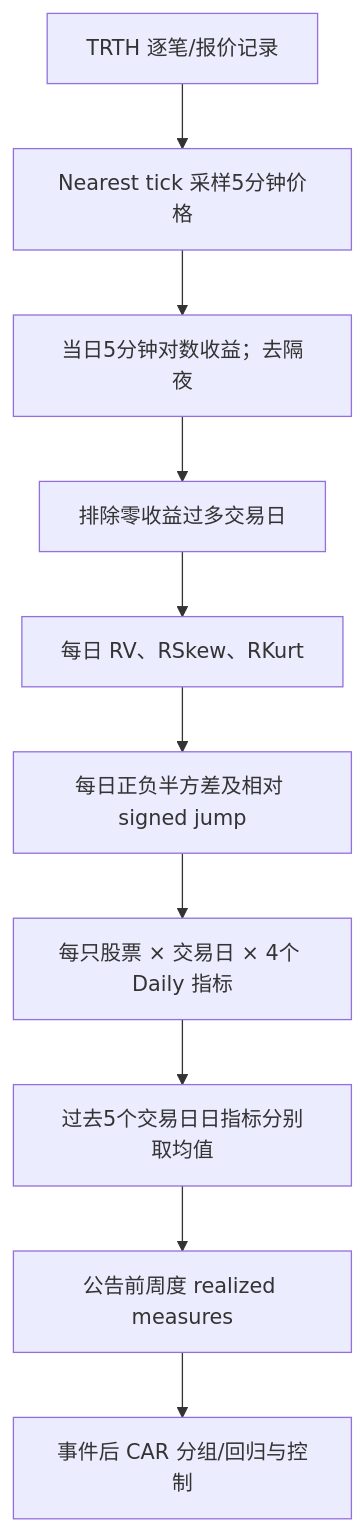
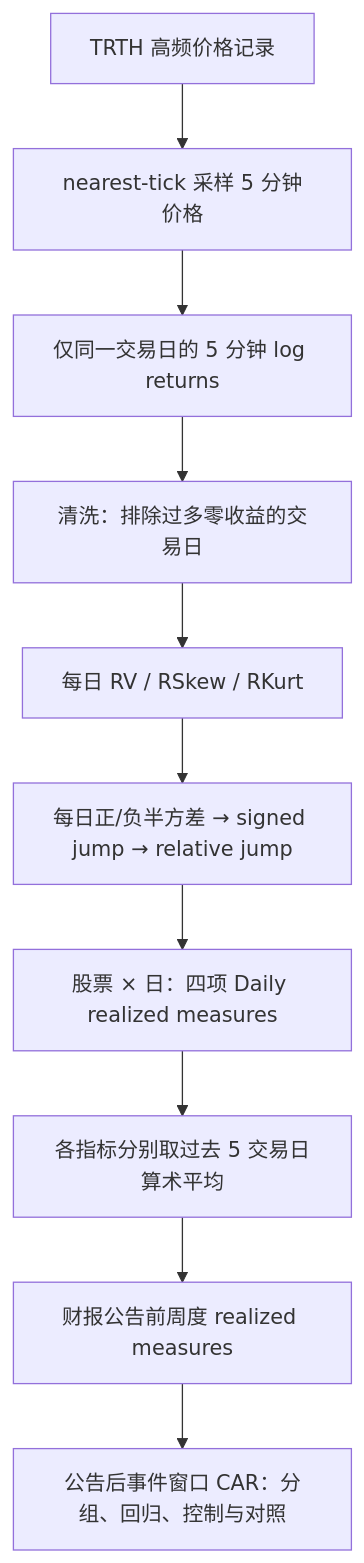
The diagram in intraday_to_daily/papers/C004/README.md (epshoron/JXwork), drawn with Mermaid before and after one commit. The commit also changed other lines of this file and 2 other files, not shown here.

````diff
--- a/intraday_to_daily/papers/C004/README.md
+++ b/intraday_to_daily/papers/C004/README.md
@@ -13,12 +25,12 @@
 ```mermaid
 flowchart TD
-A["TRTH 逐笔/报价记录"] --> B["Nearest tick 采样5分钟价格"]
-B --> C["当日5分钟对数收益；去隔夜"]
-C --> D["排除零收益过多交易日"]
-D --> E["每日 RV、RSkew、RKurt"]
-E --> F["每日正负半方差及相对 signed jump"]
-F --> G["每只股票 × 交易日 × 4个 Daily 指标"]
-G --> H["过去5个交易日日指标分别取均值"]
-H --> I["公告前周度 realized measures"]
-I --> J["事件后 CAR 分组/回归与控制"]
+ A["TRTH 高频价格记录"] --> B["nearest-tick 采样 5 分钟价格"]
+ B --> C["仅同一交易日的 5 分钟 log returns"]
+ C --> D["清洗：排除过多零收益的交易日"]
+ D --> E["每日 RV / RSkew / RKurt"]
+ E --> F["每日正/负半方差 → signed jump → relative jump"]
+ F --> G["股票 × 日：四项 Daily realized measures"]
+ G --> H["各指标分别取过去 5 交易日算术平均"]
+ H --> I["财报公告前周度 realized measures"]
+ I --> J["公告后事件窗口 CAR：分组、回归、控制与对照"]
 ```
````
